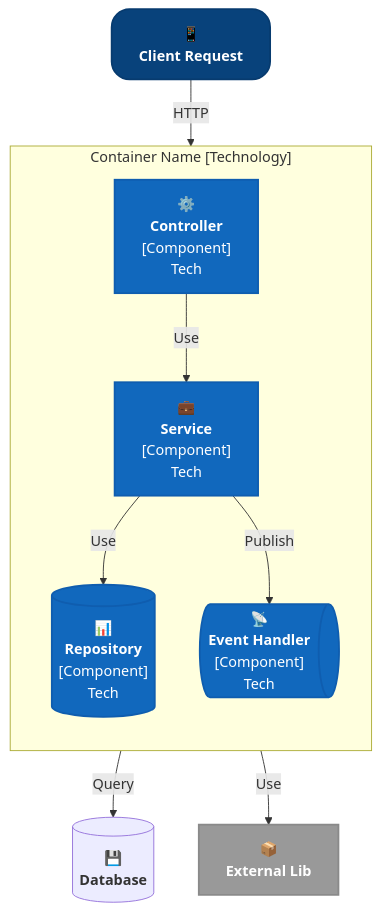
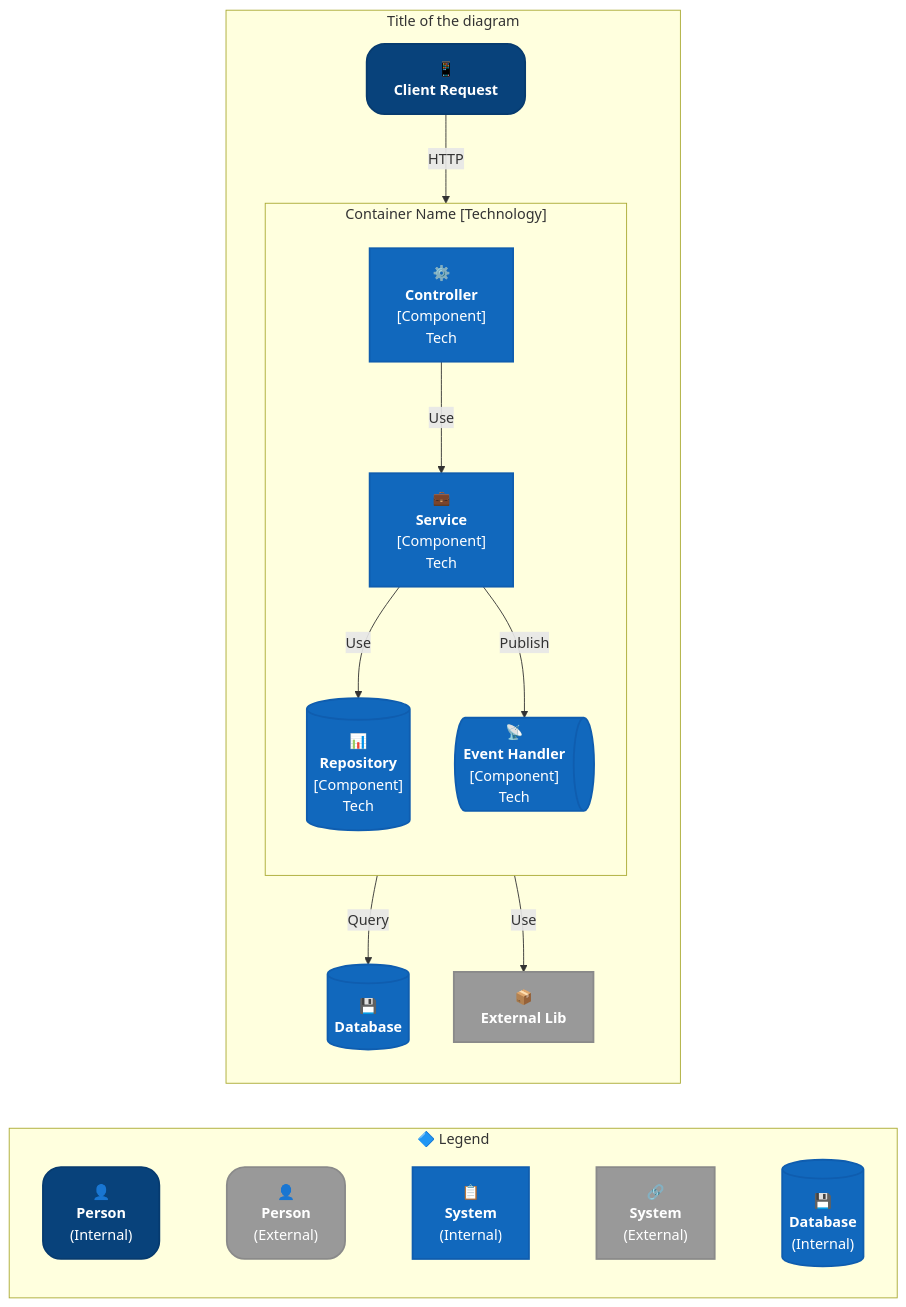
The fifth of 5 diagrams in .github/skills/c4-mermaid-diagrams/references/C4-Component-Diagram-Mermaid-Flowchart-Cheatsheet.md (LockTar/C4-Modeling-in-Mermaid), drawn with Mermaid before and after one commit. The commit also changed other lines of this file and 3 other files, not shown here.

Commit message:
Enhance C4 Mermaid Cheatsheets with PersonExt class definitions and improve diagram styling for clarity and consistency

````diff
--- a/.github/skills/c4-mermaid-diagrams/references/C4-Component-Diagram-Mermaid-Flowchart-Cheatsheet.md
+++ b/.github/skills/c4-mermaid-diagrams/references/C4-Component-Diagram-Mermaid-Flowchart-Cheatsheet.md
@@ -319,50 +319,77 @@
 ```mermaid
 flowchart TB
     %% ===== STYLES =====
     classDef Person fill:#08427b,stroke:#073b6f,color:#fff,rx:20px,ry:20px,stroke-width:2px;
+    classDef PersonExt fill:#999999,stroke:#8a8a8a,color:#fff,rx:20px,ry:20px,stroke-width:2px;
     classDef Component fill:#1168bd,stroke:#0f5daf,color:#fff,stroke-width:2px;
     classDef ComponentDb fill:#1168bd,stroke:#0f5daf,color:#fff,stroke-width:2px;
     classDef ComponentQueue fill:#1168bd,stroke:#0f5daf,color:#fff,stroke-width:2px;
     classDef ComponentExt fill:#999999,stroke:#8a8a8a,color:#fff,stroke-width:2px;
 
-    %% ===== EXTERNAL INPUT =====
-    input["📱<br/><b>Client Request</b>"]
+    subgraph main["Title of the diagram"]
+        direction TB
+        %% ===== EXTERNAL INPUT =====
+        input["📱<br/><b>Client Request</b>"]
 
-    %% ===== CONTAINER BOUNDARY =====
-    subgraph container["Container Name [Technology]"]
-        direction TB
+        class input Person
 
-        %% Layer 1: Interface/Controller
-        ctrl["⚙️<br/><b>Controller</b><br/>[Component]<br/>Tech"]
+        %% ===== CONTAINER BOUNDARY =====
+        subgraph container["Container Name [Technology]"]
+            direction TB
 
-        %% Layer 2: Business Logic
-        svc["💼<br/><b>Service</b><br/>[Component]<br/>Tech"]
+            %% Layer 1: Interface/Controller
+            ctrl["⚙️<br/><b>Controller</b><br/>[Component]<br/>Tech"]
 
-        %% Layer 3: Data Access
-        repo[("📊<br/><b>Repository</b><br/>[Component]<br/>Tech")]
+            %% Layer 2: Business Logic
+            svc["💼<br/><b>Service</b><br/>[Component]<br/>Tech"]
 
-        %% Events
-        events@{ shape: das, label: "📡<br/><b>Event Handler</b><br/>[Component]<br/>Tech" }
+            %% Layer 3: Data Access
+            repo[("📊<br/><b>Repository</b><br/>[Component]<br/>Tech")]
 
-        class events ComponentQueue
-        class ctrl,svc Component
-        class repo ComponentDb
+            %% Events
+            events@{ shape: das, label: "📡<br/><b>Event Handler</b><br/>[Component]<br/>Tech" }
 
-        %% Dependencies
-        ctrl -->|"Use"| svc
-        svc -->|"Use"| repo
-        svc -->|"Publish"| events
+            class events ComponentQueue
+            class ctrl,svc Component
+            class repo ComponentDb
+
+            %% Dependencies
+            ctrl -->|"Use"| svc
+            svc -->|"Use"| repo
+            svc -->|"Publish"| events
+        end
+
+        %% ===== EXTERNAL SYSTEMS =====
+        extdb[("💾<br/><b>Database</b>")]
+        extlib["📦<br/><b>External Lib</b>"]
+
+        class extdb ComponentDb
+        class extlib ComponentExt
+
+        %% ===== RELATIONSHIPS =====
+        input -->|"HTTP"| ctrl
+        repo -->|"Query"| extdb
+        svc -->|"Use"| extlib
     end
 
-    %% ===== EXTERNAL SYSTEMS =====
-    extdb[("💾<br/><b>Database</b>")]
-    extlib["📦<br/><b>External Lib</b>"]
+    %% ===== LEGEND =====
+    subgraph legend["🔷 Legend"]
+        direction LR
+        leg1["👤<br/><b>Person</b><br/>(Internal)"]
+        leg2["👤<br/><b>Person</b><br/>(External)"]
+        leg3["📋<br/><b>System</b><br/>(Internal)"]
+        leg4["🔗<br/><b>System</b><br/>(External)"]
+        leg5[("💾<br/><b>Database</b><br/>(Internal)")]
 
-    class input Person
-    class extlib ComponentExt
+        leg1 ~~~ leg2 ~~~ leg3 ~~~ leg4 ~~~ leg5
 
-    %% ===== RELATIONSHIPS =====
-    input -->|"HTTP"| ctrl
-    repo -->|"Query"| extdb
-    svc -->|"Use"| extlib
+        class leg1 Person
+        class leg2 PersonExt
+        class leg3 Component
+        class leg4 ComponentExt
+        class leg5 ComponentDb
+    end
+    class legend ComponentBoundary
+
+    main ~~~ legend
 ```
````
